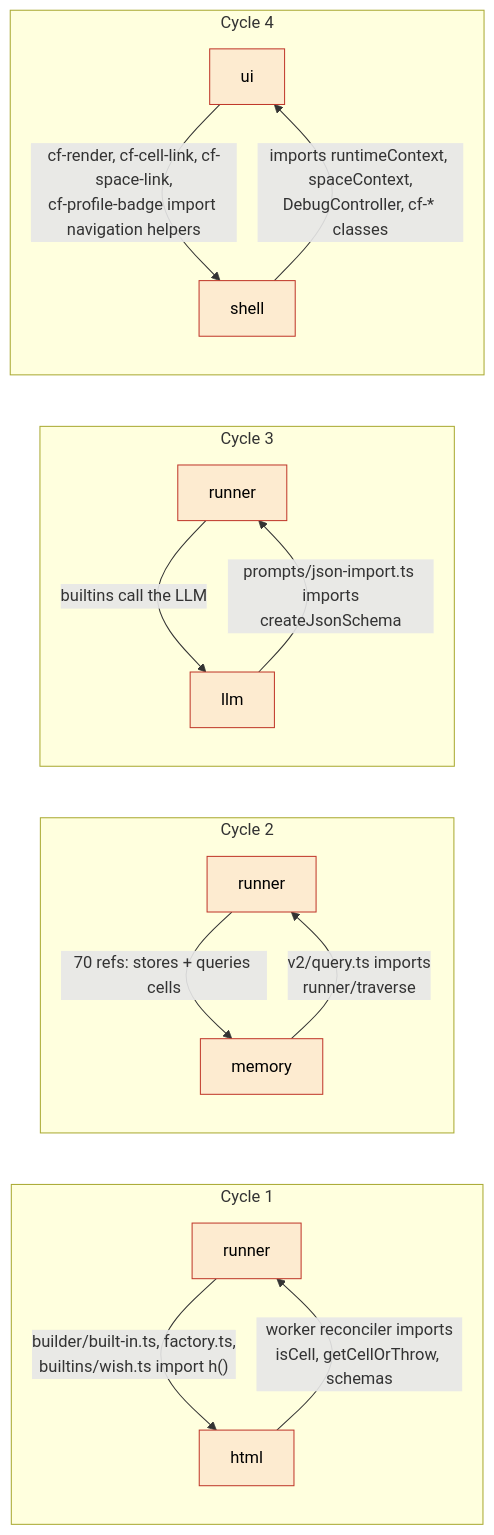
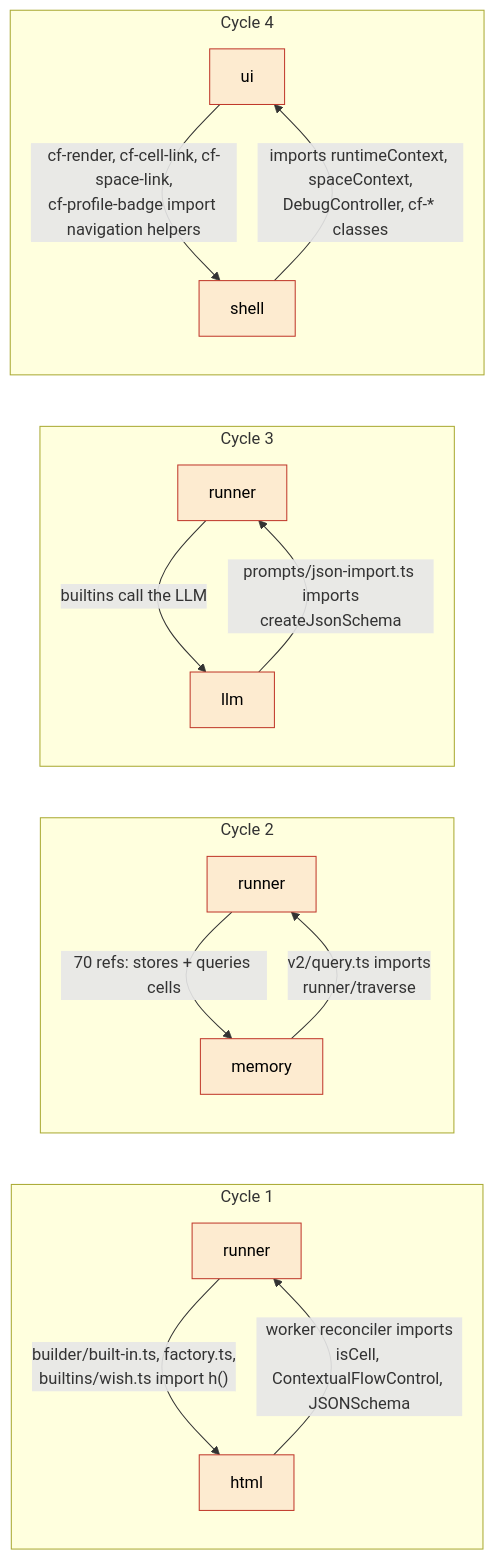
Before and after one commit to commontoolsinc/labs: the third of 3 diagrams in docs/development/orientation/dependency-graph.md, drawn with Mermaid. The commit also changed other lines of this file and 8 other files, not shown here.

````diff
--- a/docs/development/orientation/dependency-graph.md
+++ b/docs/development/orientation/dependency-graph.md
@@ -121,29 +121,29 @@
 ```mermaid
 flowchart LR
     classDef cyc fill:#fdebd0,stroke:#c0392b,color:#000
 
     subgraph c1["Cycle 1"]
         runner1["runner"]:::cyc
         html1["html"]:::cyc
         runner1 -->|"builder/built-in.ts, factory.ts,<br/>builtins/wish.ts import h()"| html1
-        html1 -->|"worker reconciler imports<br/>isCell, getCellOrThrow, schemas"| runner1
+        html1 -->|"worker reconciler imports<br/>isCell, ContextualFlowControl, JSONSchema"| runner1
     end
     subgraph c2["Cycle 2"]
         runner2["runner"]:::cyc
         memory2["memory"]:::cyc
         runner2 -->|"70 refs: stores + queries cells"| memory2
         memory2 -->|"v2/query.ts imports<br/>runner/traverse"| runner2
     end
     subgraph c3["Cycle 3"]
         runner3["runner"]:::cyc
         llm3["llm"]:::cyc
         runner3 -->|"builtins call the LLM"| llm3
         llm3 -->|"prompts/json-import.ts imports<br/>createJsonSchema"| runner3
     end
     subgraph c4["Cycle 4"]
         ui4["ui"]:::cyc
         shell4["shell"]:::cyc
         ui4 -->|"cf-render, cf-cell-link, cf-space-link,<br/>cf-profile-badge import navigation helpers"| shell4
         shell4 -->|"imports runtimeContext, spaceContext,<br/>DebugController, cf-* classes"| ui4
     end
 ```
````
